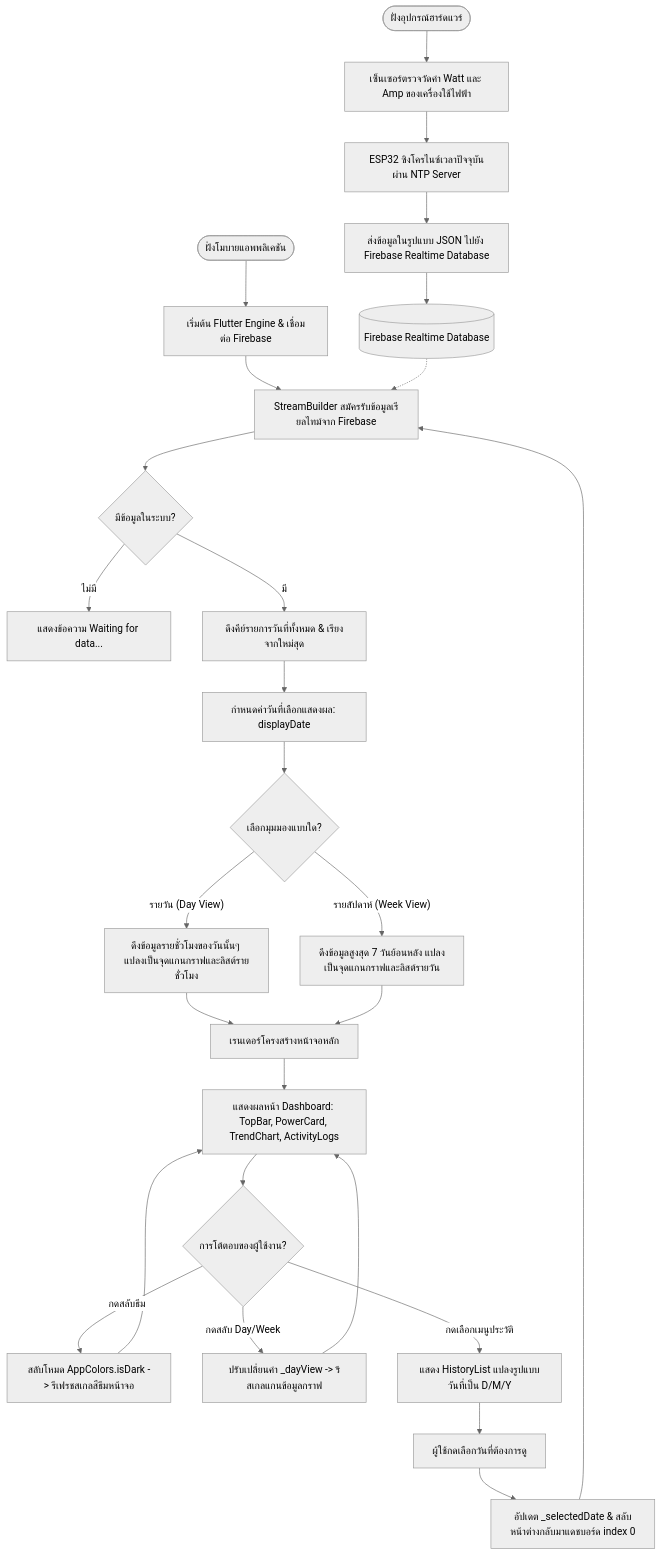
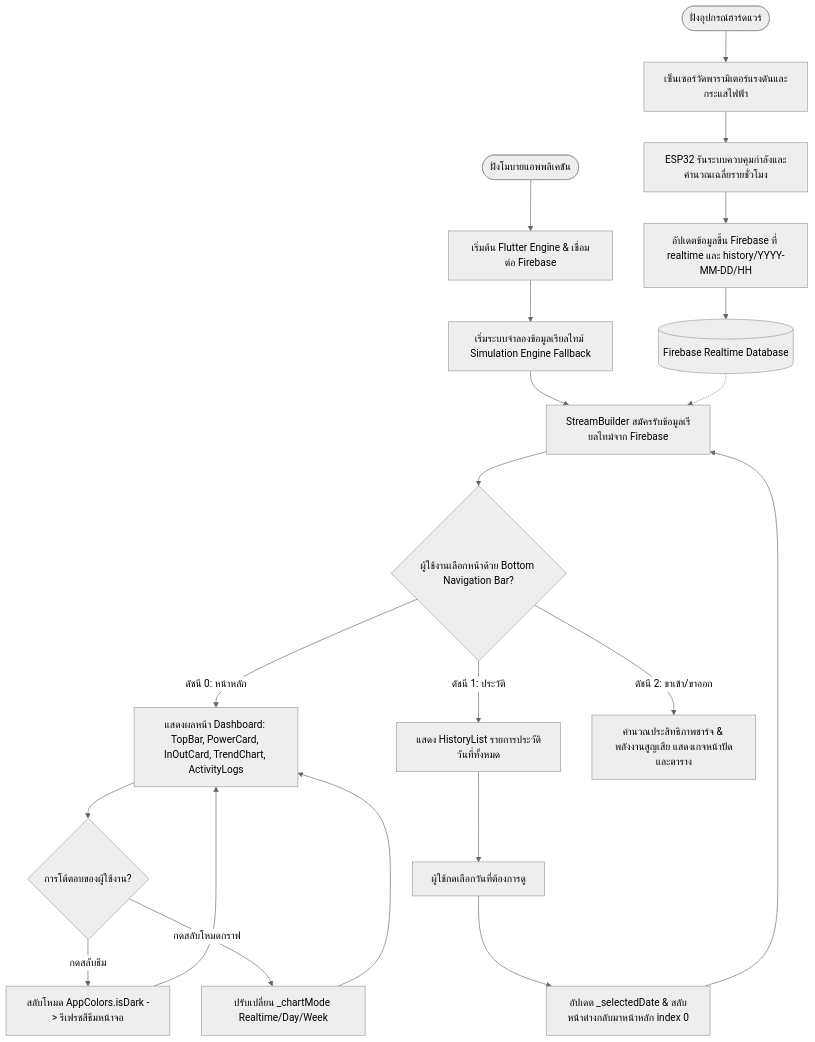
Before and after one commit to Narathon082/projectGA: the third of 3 diagrams in chapter3_ui_methodology.md, drawn with Mermaid (neutral theme). The commit also changed other lines of this file and 2 other files, not shown here.

````diff
--- a/chapter3_ui_methodology.md
+++ b/chapter3_ui_methodology.md
@@ -145,34 +136,25 @@
 ```mermaid
 flowchart TD
-    HW_Start([ฝั่งอุปกรณ์ฮาร์ดแวร์]) --> HW_Read[เซ็นเซอร์ตรวจวัดค่า Watt และ Amp ของเครื่องใช้ไฟฟ้า]
-    HW_Read --> HW_Time[ESP32 ซิงโครไนซ์เวลาปัจจุบันผ่าน NTP Server]
-    HW_Time --> HW_Send[ส่งข้อมูลในรูปแบบ JSON ไปยัง Firebase Realtime Database]
+    HW_Start([ฝั่งอุปกรณ์ฮาร์ดแวร์]) --> HW_Read[เซ็นเซอร์วัดพารามิเตอร์แรงดันและกระแสไฟฟ้า]
+    HW_Read --> HW_Time[ESP32 รันระบบควบคุมกำลังและคำนวณเฉลี่ยรายชั่วโมง]
+    HW_Time --> HW_Send[อัปเดตข้อมูลขึ้น Firebase ที่ realtime และ history/YYYY-MM-DD/HH]
     HW_Send --> Firebase[(Firebase Realtime Database)]
     
     App_Start([ฝั่งโมบายแอพพลิเคชัน]) --> App_Init[เริ่มต้น Flutter Engine & เชื่อมต่อ Firebase]
-    App_Init --> Stream[StreamBuilder สมัครรับข้อมูลเรียลไทม์จาก Firebase]
+    App_Init --> Sim_Start[เริ่มระบบจำลองข้อมูลเรียลไทม์ Simulation Engine Fallback]
+    Sim_Start --> Stream[StreamBuilder สมัครรับข้อมูลเรียลไทม์จาก Firebase]
     Firebase -.-> Stream
     
-    Stream --> CheckData{มีข้อมูลในระบบ?}
-    CheckData -- ไม่มี --> Wait[แสดงข้อความ Waiting for data...]
-    CheckData -- มี --> SortDates[ดึงคีย์รายการวันที่ทั้งหมด & เรียงจากใหม่สุด]
+    Stream --> NavSelect{ผู้ใช้งานเลือกหน้าด้วย Bottom Navigation Bar?}
     
-    SortDates --> SelectDate[กำหนดค่าวันที่เลือกแสดงผล: displayDate]
-    SelectDate --> CheckView{เลือกมุมมองแบบใด?}
-    
-    CheckView -- รายวัน (Day View) --> ParseDay[ดึงข้อมูลรายชั่วโมงของวันนั้นๆ แปลงเป็นจุดแกนกราฟและลิสต์รายชั่วโมง]
-    CheckView -- รายสัปดาห์ (Week View) --> ParseWeek[ดึงข้อมูลสูงสุด 7 วันย้อนหลัง แปลงเป็นจุดแกนกราฟและลิสต์รายวัน]
-    
-    ParseDay --> Render[เรนเดอร์โครงสร้างหน้าจอหลัก]
-    ParseWeek --> Render
-    
-    Render --> ShowDashboard[แสดงผลหน้า Dashboard: TopBar, PowerCard, TrendChart, ActivityLogs]
-    ShowDashboard --> UserInteract{การโต้ตอบของผู้ใช้งาน?}
-    
-    UserInteract -- กดสลับธีม --> ChangeTheme[สลับโหมด AppColors.isDark -> รีเฟรชสเกลสีธีมหน้าจอ] --> ShowDashboard
-    UserInteract -- กดสลับ Day/Week --> ChangeView[ปรับเปลี่ยนค่า _dayView -> รีสเกลแกนข้อมูลกราฟ] --> ShowDashboard
-    UserInteract -- กดเลือกเมนูประวัติ --> ShowHistory[แสดง HistoryList แปลงรูปแบบวันที่เป็น D/M/Y]
+    NavSelect -- ดัชนี 0: หน้าหลัก --> ShowDashboard[แสดงผลหน้า Dashboard: TopBar, PowerCard, InOutCard, TrendChart, ActivityLogs]
+    NavSelect -- ดัชนี 1: ประวัติ --> ShowHistory[แสดง HistoryList รายการประวัติวันที่ทั้งหมด]
+    NavSelect -- ดัชนี 2: ขาเข้า/ขาออก --> ShowInOut[คำนวณประสิทธิภาพชาร์จ & พลังงานสูญเสีย แสดงเกจหน้าปัดและตาราง]
     
     ShowHistory --> SelectHistDate[ผู้ใช้กดเลือกวันที่ต้องการดู]
-    SelectHistDate --> UpdateState[อัปเดต _selectedDate & สลับหน้าต่างกลับมาแดชบอร์ด index 0] --> Stream
+    SelectHistDate --> UpdateState[อัปเดต _selectedDate & สลับหน้าต่างกลับมาหน้าหลัก index 0] --> Stream
+    
+    ShowDashboard --> UserInteract{การโต้ตอบของผู้ใช้งาน?}
+    UserInteract -- กดสลับธีม --> ChangeTheme[สลับโหมด AppColors.isDark -> รีเฟรชสีธีมหน้าจอ] --> ShowDashboard
+    UserInteract -- กดสลับโหมดกราฟ --> ChangeChartMode[ปรับเปลี่ยน _chartMode Realtime/Day/Week] --> ShowDashboard
 ```
````
